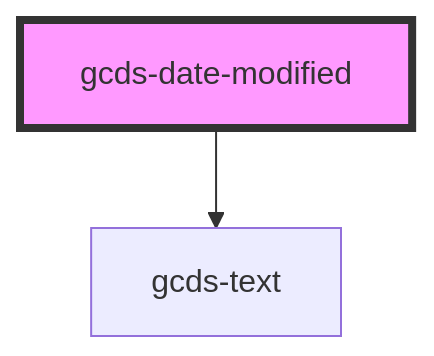
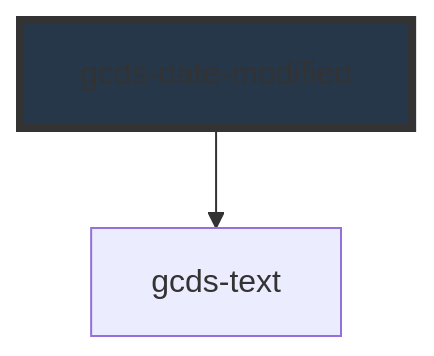
One commit to cds-snc/gcds-components changed the diagram in packages/web/src/components/gcds-date-modified/readme.md. Above: the diagram before and after it, drawn with Mermaid. The commit also changed other lines of this file and 44 other files, not shown here.

````diff
--- a/packages/web/src/components/gcds-date-modified/readme.md
+++ b/packages/web/src/components/gcds-date-modified/readme.md
@@ -22,5 +29,5 @@
 ```mermaid
 graph TD;
   gcds-date-modified --> gcds-text
-  style gcds-date-modified fill:#f9f,stroke:#333,stroke-width:4px
+  style gcds-date-modified fill:#26374a,stroke:#333,stroke-width:4px
 ```
````
